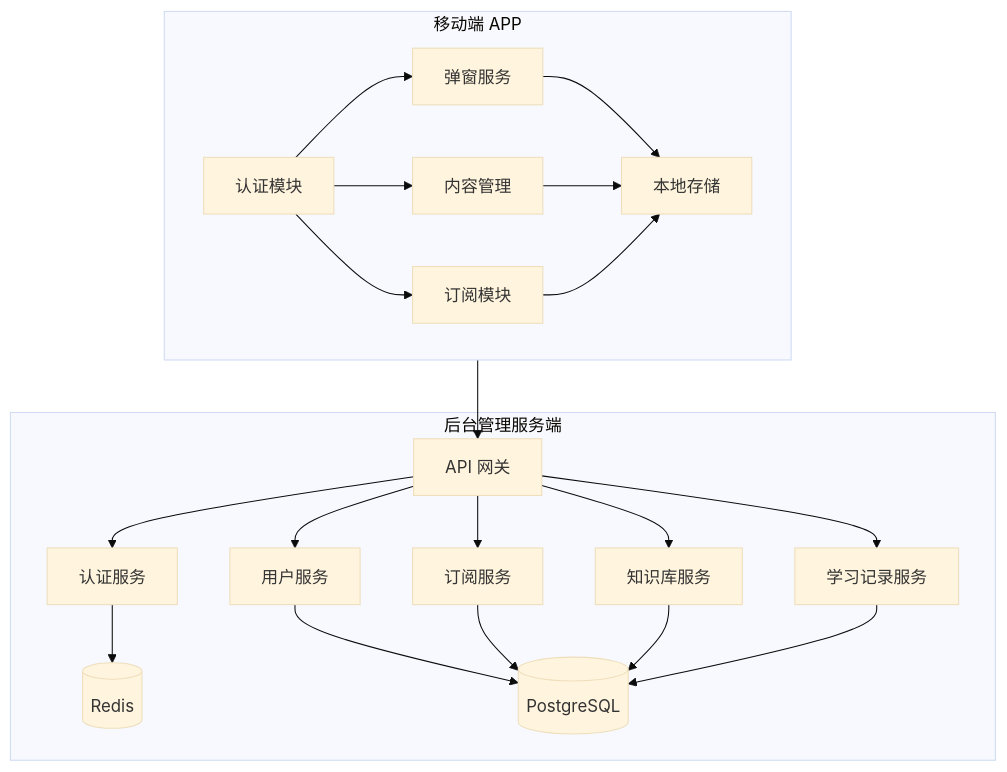
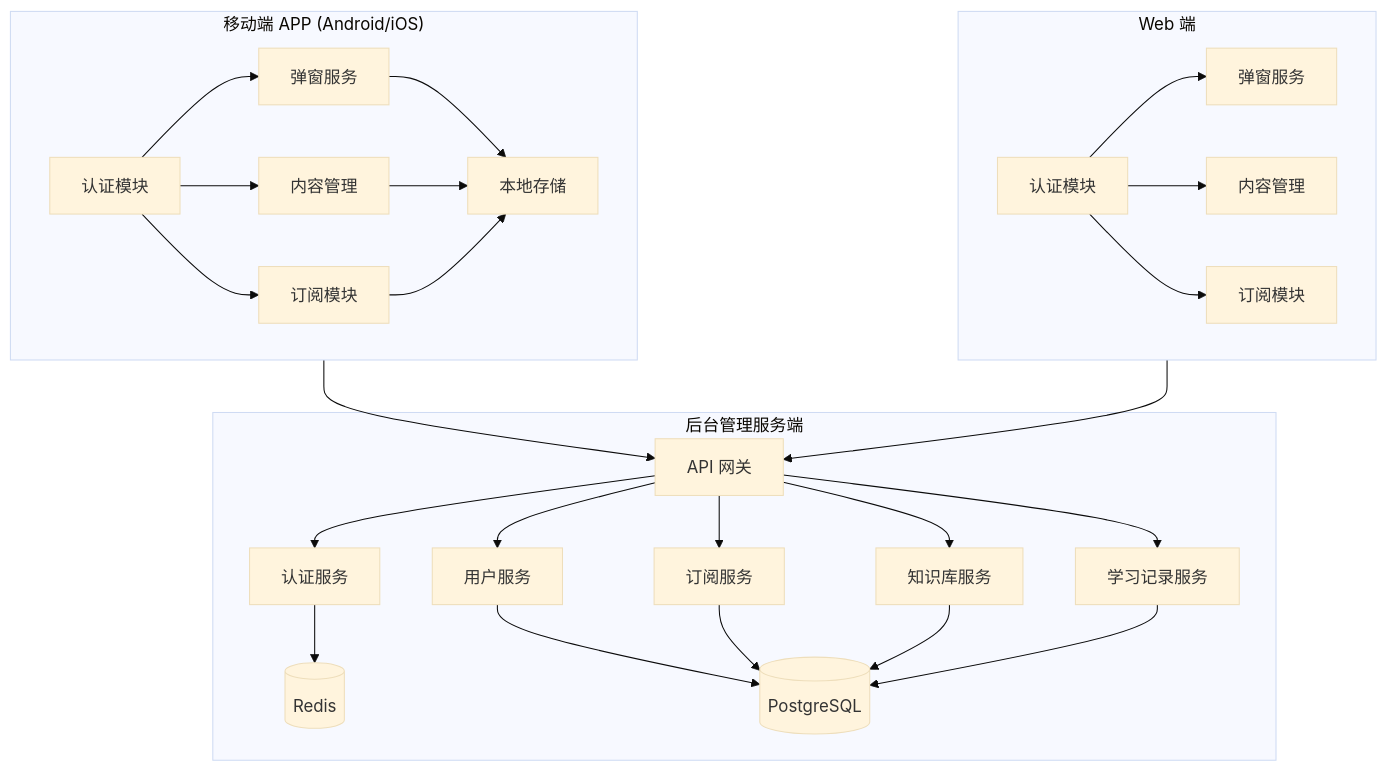
Before and after one commit to stomyrose/xuexizhushou-: the first of 4 diagrams in .monkeycode/specs/2026-03-23-force-learning-system/design.md, drawn with Mermaid (base theme). The commit also changed other lines of this file, not shown here.

Commit message:
docs: 确认支持 Web 端，Flutter 跨平台架构 Co-authored-by: monkeycode-ai <monkeycode-ai@chaitin.com>

````diff
--- a/.monkeycode/specs/2026-03-23-force-learning-system/design.md
+++ b/.monkeycode/specs/2026-03-23-force-learning-system/design.md
@@ -33,26 +33,33 @@
 ```mermaid
 graph TB
-    subgraph Mobile["移动端 APP"]
+    subgraph Mobile["移动端 APP (Android/iOS)"]
         A[认证模块] --> B[弹窗服务]
         A --> C[内容管理]
         A --> D[订阅模块]
         B --> E[本地存储]
         C --> E
         D --> E
+    end
+
+    subgraph Web["Web 端"]
+        W[认证模块] --> X[弹窗服务]
+        W --> Y[内容管理]
+        W --> Z[订阅模块]
     end
 
     subgraph Backend["后台管理服务端"]
         F[API 网关] --> G[认证服务]
         F --> H[用户服务]
         F --> I[订阅服务]
         F --> J[知识库服务]
         F --> K[学习记录服务]
         G --> L[(Redis)]
         H --> M[(PostgreSQL)]
         I --> M
         J --> M
         K --> M
     end
 
     Mobile --> F
+    Web --> F
 ```
````
